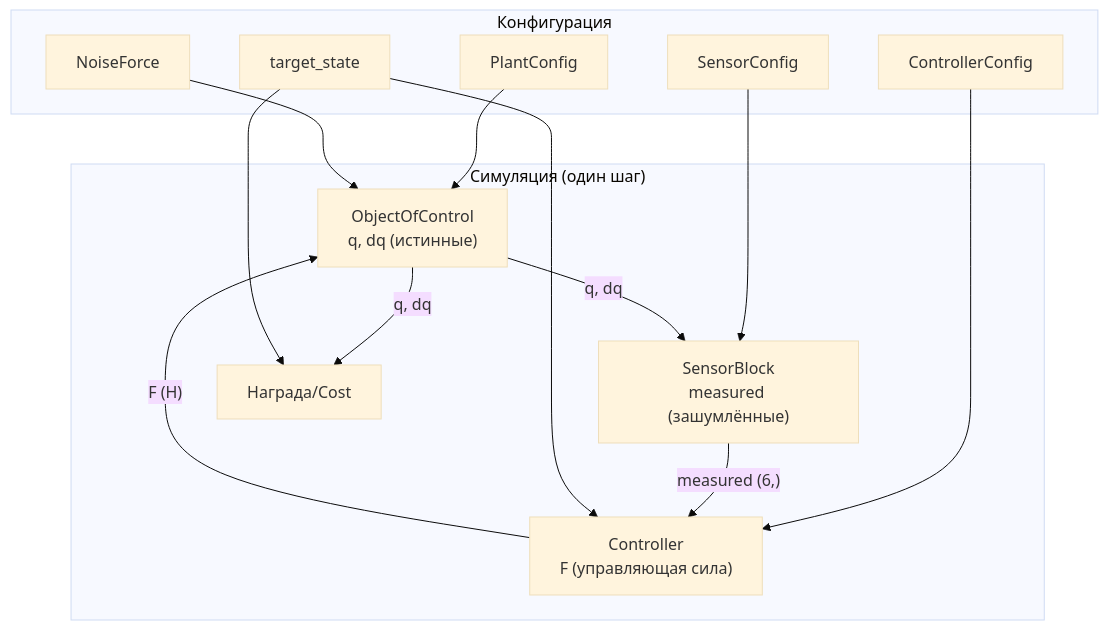
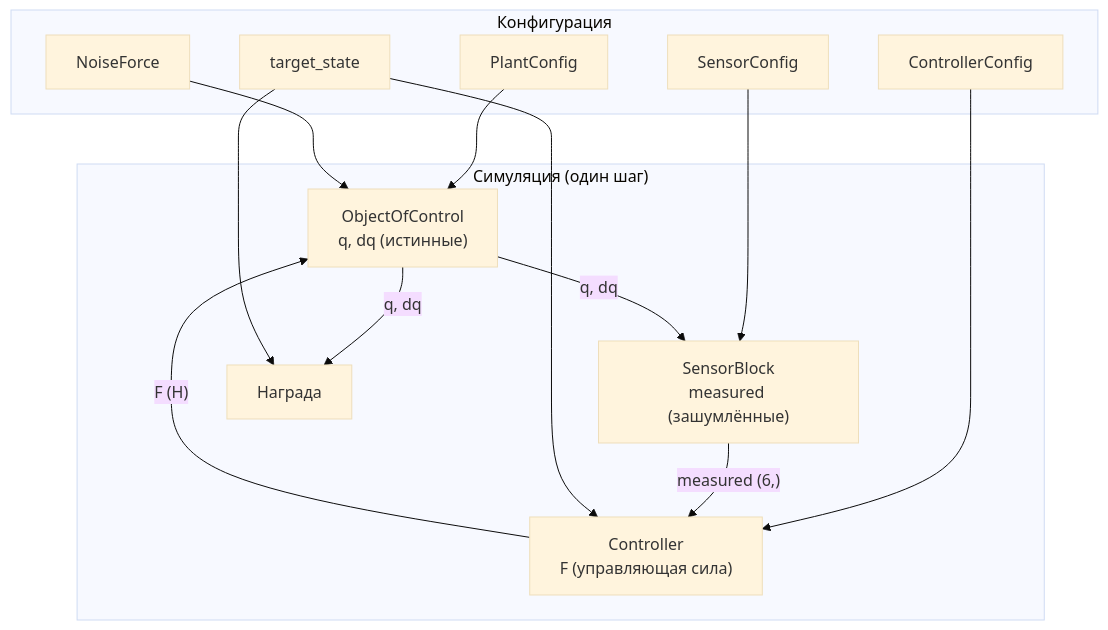
Before and after one commit to gshjis/RL_control: the seventh of 9 diagrams in docs/TECHNICAL_DOCUMENTATION.md, drawn with Mermaid (base theme). The commit also changed other lines of this file and 10 other files, not shown here.

````diff
--- a/docs/TECHNICAL_DOCUMENTATION.md
+++ b/docs/TECHNICAL_DOCUMENTATION.md
@@ -1028,29 +649,29 @@
 ```mermaid
 flowchart TB
     subgraph "Конфигурация"
         PC["PlantConfig"]
         SC["SensorConfig"]
         CC["ControllerConfig"]
         NF["NoiseForce"]
         TS["target_state"]
     end
 
     subgraph "Симуляция (один шаг)"
         PLANT["ObjectOfControl<br/>q, dq (истинные)"]
         SENSOR["SensorBlock<br/>measured (зашумлённые)"]
         CTRL["Controller<br/>F (управляющая сила)"]
-        REWARD["Награда/Cost"]
+        REWARD["Награда"]
     end
 
     PC --> PLANT
     SC --> SENSOR
     CC --> CTRL
     NF --> PLANT
 
     PLANT -->|"q, dq"| SENSOR
     SENSOR -->|"measured (6,)"| CTRL
     TS --> CTRL
     CTRL -->|"F (Н)"| PLANT
     PLANT -->|"q, dq"| REWARD
     TS --> REWARD
 ```
````
